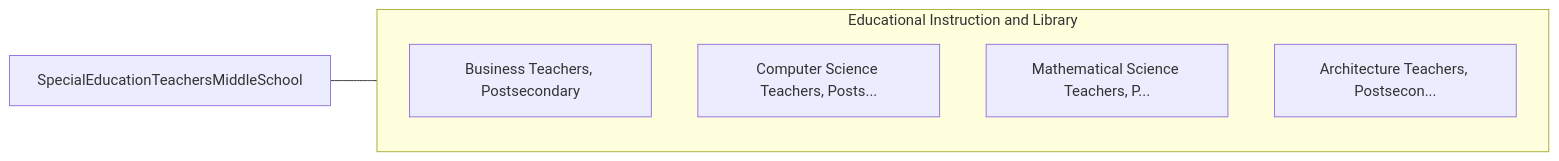
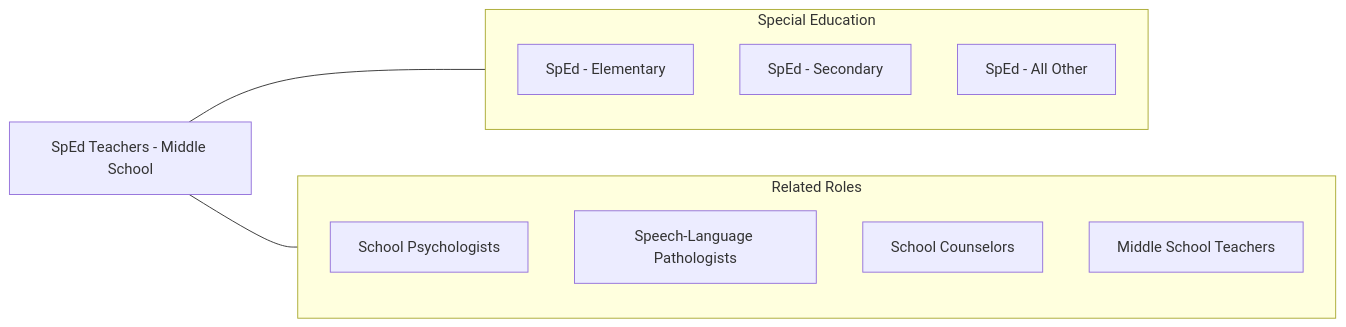
One commit to kziemski/business.org.ai changed the fourth of 4 diagrams in occupations/Education/SpecialEducationTeachersMiddleSchool.mdx. Above: the diagram before and after it, drawn with Mermaid. The commit also changed other lines of this file and 938 other files, not shown here.

````diff
--- a/occupations/Education/SpecialEducationTeachersMiddleSchool.mdx
+++ b/occupations/Education/SpecialEducationTeachersMiddleSchool.mdx
@@ -100,13 +164,20 @@
 ```mermaid
 graph LR
-    Current["SpecialEducationTeachersMiddleSchool"]
+    Current["SpEd Teachers - Middle School"]
 
-    subgraph SameCategory["Educational Instruction and Library"]
-        BusinessTeachersPost["Business Teachers, Postsecondary"]
-        ComputerScienceTeach["Computer Science Teachers, Posts..."]
-        MathematicalScienceT["Mathematical Science Teachers, P..."]
-        ArchitectureTeachers["Architecture Teachers, Postsecon..."]
+    subgraph SameCategory["Special Education"]
+        SpEdElem["SpEd - Elementary"]
+        SpEdSecondary["SpEd - Secondary"]
+        SpEdAllOther["SpEd - All Other"]
+    end
+
+    subgraph CrossFunctional["Related Roles"]
+        SchoolPsych["School Psychologists"]
+        SLP["Speech-Language Pathologists"]
+        Counselors["School Counselors"]
+        MiddleGenEd["Middle School Teachers"]
     end
 
     Current --- SameCategory
+    Current --- CrossFunctional
 ```
````
